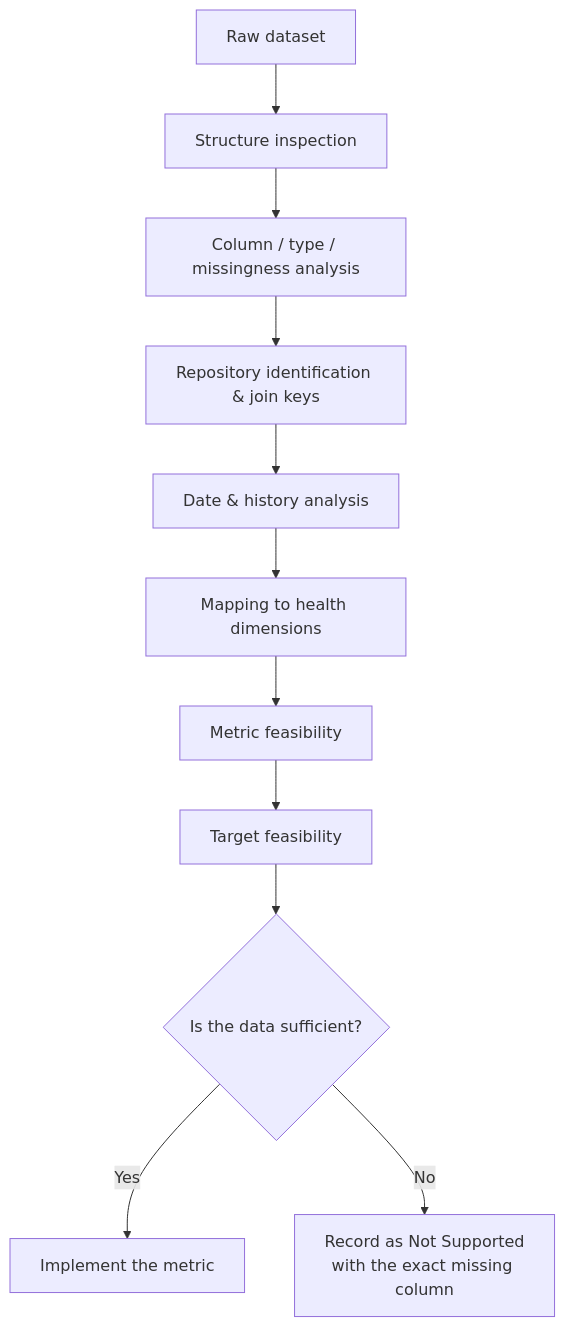
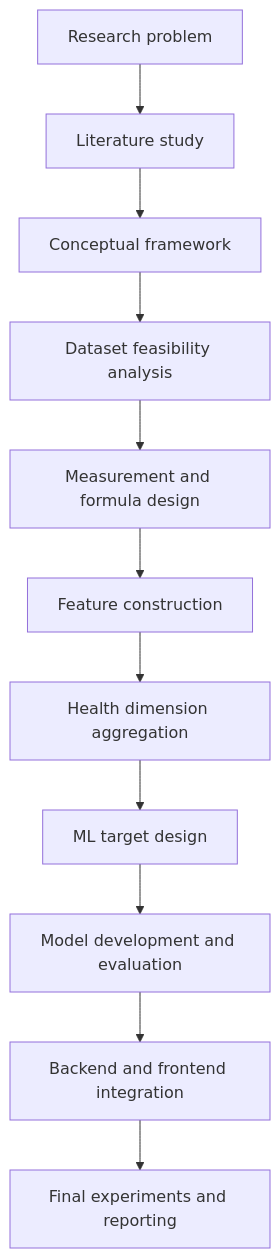
Before and after one commit to gnanendra0305/Repository-Intelligence-Platform: the first of 6 diagrams in README.md, drawn with Mermaid. The commit also changed other lines of this file, not shown here.

````diff
--- a/README.md
+++ b/README.md
@@ -230,13 +132,13 @@
 ```mermaid
 flowchart TD
-    A[Raw dataset] --> B[Structure inspection]
-    B --> C[Column / type / missingness analysis]
-    C --> D[Repository identification & join keys]
-    D --> E[Date & history analysis]
-    E --> F[Mapping to health dimensions]
-    F --> G[Metric feasibility]
-    G --> H[Target feasibility]
-    H --> I{Is the data sufficient?}
-    I -->|Yes| J[Implement the metric]
-    I -->|No| K[Record as Not Supported<br/>with the exact missing column]
+    A[Research problem] --> B[Literature study]
+    B --> C[Conceptual framework]
+    C --> D[Dataset feasibility analysis]
+    D --> E[Measurement and formula design]
+    E --> F[Feature construction]
+    F --> G[Health dimension aggregation]
+    G --> H[ML target design]
+    H --> I[Model development and evaluation]
+    I --> J[Backend and frontend integration]
+    J --> K[Final experiments and reporting]
 ```
````
